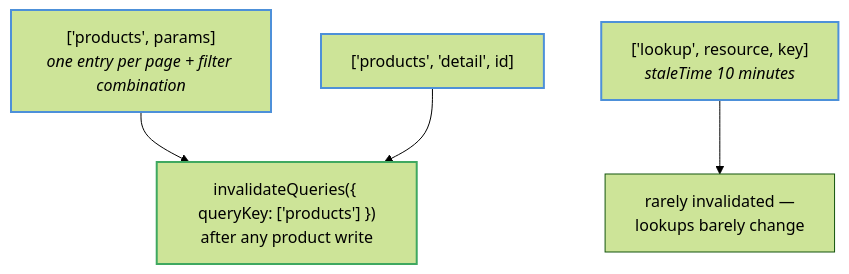
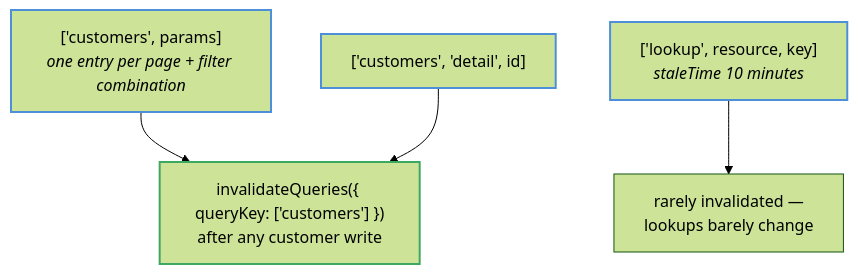
One commit to TGCTZ/TGC-SERVICE-FRONTEND changed the third of 5 diagrams in docs/diagrams/data-fetching.md. Above: the diagram before and after it, drawn with Mermaid (forest theme). The commit also changed other lines of this file and 18 other files, not shown here.

````diff
--- a/docs/diagrams/data-fetching.md
+++ b/docs/diagrams/data-fetching.md
@@ -57,15 +57,15 @@
 ```mermaid
 flowchart TD
-    K1["['products', params]<br/><i>one entry per page + filter combination</i>"]
-    K2["['products', 'detail', id]"]
+    K1["['customers', params]<br/><i>one entry per page + filter combination</i>"]
+    K2["['customers', 'detail', id]"]
     K3["['lookup', resource, key]<br/><i>staleTime 10 minutes</i>"]
 
-    K1 --> INV["invalidateQueries({ queryKey: ['products'] })<br/>after any product write"]
+    K1 --> INV["invalidateQueries({ queryKey: ['customers'] })<br/>after any customer write"]
     K2 --> INV
     K3 --> RARE["rarely invalidated —<br/>lookups barely change"]
 
     style K1 stroke:#4d90d9,stroke-width:2px
     style K2 stroke:#4d90d9,stroke-width:2px
     style K3 stroke:#4d90d9,stroke-width:2px
     style INV stroke:#3fa860,stroke-width:2px
 ```
````
